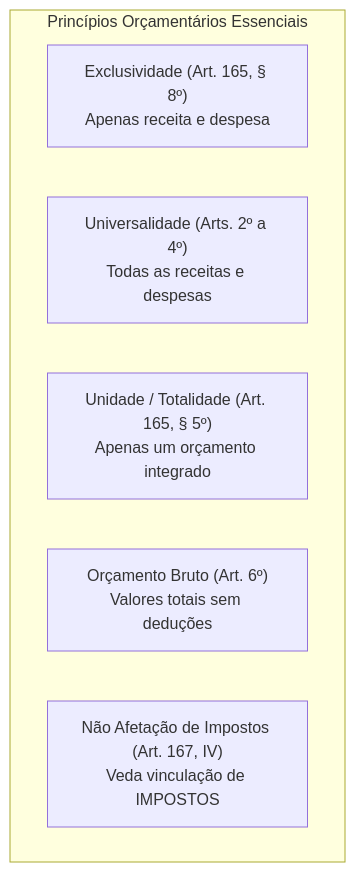
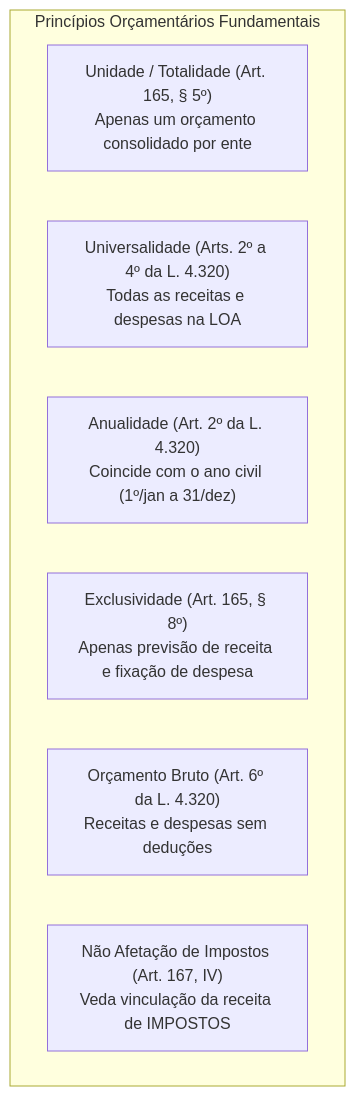
Before and after one commit to thiagosantos346/TCE-GO-2027: the second of 5 diagrams in fontes_de_estudo/conhecimentos_especificos_a01_tecnico_administrativo/19_nocoes_de_administracao_financeira_e_orcamentaria/01_orcamento_publico_principios_e_ciclo_ppa_ldo_loa.md, drawn with Mermaid. The commit also changed other lines of this file and 119 other files, not shown here.

````diff
--- a/fontes_de_estudo/conhecimentos_especificos_a01_tecnico_administrativo/19_nocoes_de_administracao_financeira_e_orcamentaria/01_orcamento_publico_principios_e_ciclo_ppa_ldo_loa.md
+++ b/fontes_de_estudo/conhecimentos_especificos_a01_tecnico_administrativo/19_nocoes_de_administracao_financeira_e_orcamentaria/01_orcamento_publico_principios_e_ciclo_ppa_ldo_loa.md
@@ -96,10 +116,11 @@
 ```mermaid
 flowchart TD
-    subgraph Principios["Princípios Orçamentários Essenciais"]
-        P1["Exclusividade (Art. 165, § 8º)<br/>Apenas receita e despesa"]
-        P2["Universalidade (Arts. 2º a 4º)<br/>Todas as receitas e despesas"]
-        P3["Unidade / Totalidade (Art. 165, § 5º)<br/>Apenas um orçamento integrado"]
-        P4["Orçamento Bruto (Art. 6º)<br/>Valores totais sem deduções"]
-        P5["Não Afetação de Impostos (Art. 167, IV)<br/>Veda vinculação de IMPOSTOS"]
+    subgraph Principios["Princípios Orçamentários Fundamentais"]
+        P1["Unidade / Totalidade (Art. 165, § 5º)<br/>Apenas um orçamento consolidado por ente"]
+        P2["Universalidade (Arts. 2º a 4º da L. 4.320)<br/>Todas as receitas e despesas na LOA"]
+        P3["Anualidade (Art. 2º da L. 4.320)<br/>Coincide com o ano civil (1º/jan a 31/dez)"]
+        P4["Exclusividade (Art. 165, § 8º)<br/>Apenas previsão de receita e fixação de despesa"]
+        P5["Orçamento Bruto (Art. 6º da L. 4.320)<br/>Receitas e despesas sem deduções"]
+        P6["Não Afetação de Impostos (Art. 167, IV)<br/>Veda vinculação da receita de IMPOSTOS"]
     end
 ```
````
